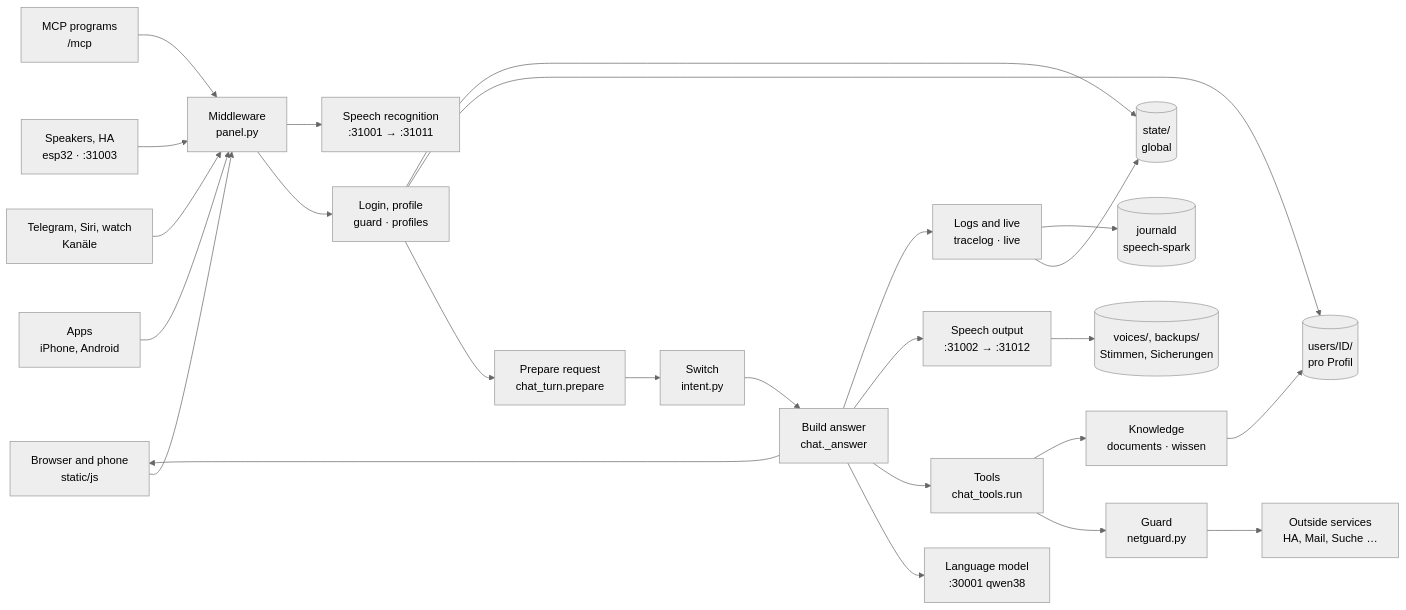
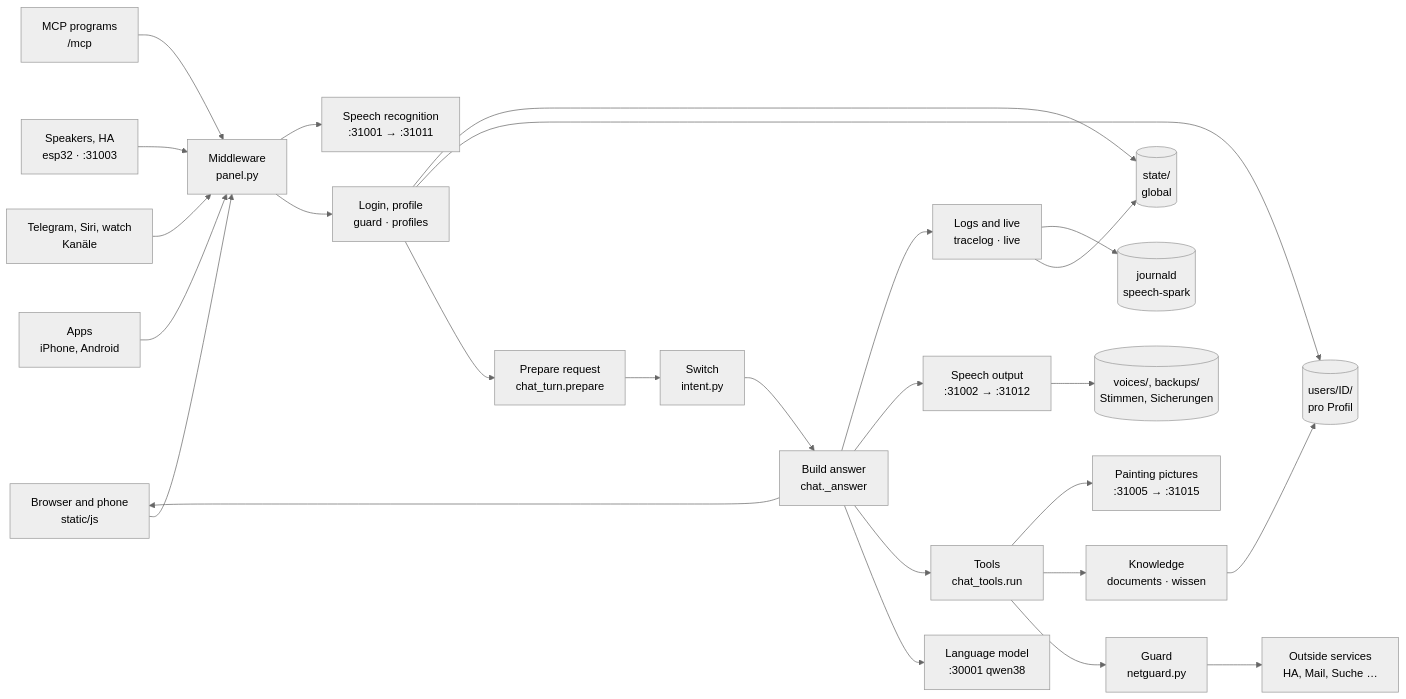
Before and after one commit to db9979/speech-on-dgx-spark: the first of 24 diagrams in docs/en/architecture.md, drawn with Mermaid (neutral theme). The commit also changed other lines of this file and 63 other files, not shown here.

````diff
--- a/docs/en/architecture.md
+++ b/docs/en/architecture.md
@@ -14,49 +14,51 @@
 ```mermaid
 flowchart LR
   geraet["Browser and phone<br/>static/js"]
   apps["Apps<br/>iPhone, Android"]
   kanaele["Telegram, Siri, watch<br/>Kanäle"]
   lautsprecher["Speakers, HA<br/>esp32 · :31003"]
   mcpc["MCP programs<br/>/mcp"]
   middleware["Middleware<br/>panel.py"]
   zugang["Login, profile<br/>guard · profiles"]
   vorbereiten["Prepare request<br/>chat_turn.prepare"]
   weiche["Switch<br/>intent.py"]
   antwort["Build answer<br/>chat._answer"]
   werkzeuge["Tools<br/>chat_tools.run"]
   wissen["Knowledge<br/>documents · wissen"]
   waechter["Guard<br/>netguard.py"]
   betrieb["Logs and live<br/>tracelog · live"]
   llm["Language model<br/>:30001 qwen38"]
   asr["Speech recognition<br/>:31001 → :31011"]
   tts["Speech output<br/>:31002 → :31012"]
+  bild["Painting pictures<br/>:31005 → :31015"]
   aussen["Outside services<br/>HA, Mail, Suche …"]
   state[("state/<br/>global")]
   users[("users/ID/<br/>pro Profil")]
   ablage[("voices/, backups/<br/>Stimmen, Sicherungen")]
   journal[("journald<br/>speech-spark")]
   geraet --> middleware
   apps --> middleware
   kanaele --> middleware
   lautsprecher --> middleware
   mcpc --> middleware
   middleware --> zugang
   middleware --> asr
   zugang --> vorbereiten
   vorbereiten --> weiche
   weiche --> antwort
   antwort --> llm
   antwort --> werkzeuge
   werkzeuge --> waechter
   waechter --> aussen
   werkzeuge --> wissen
   antwort --> tts
+  werkzeuge --> bild
   antwort --> geraet
   antwort --> betrieb
   betrieb --> state
   betrieb --> journal
   wissen --> users
   zugang --> users
   zugang --> state
   tts --> ablage
 ```
````
